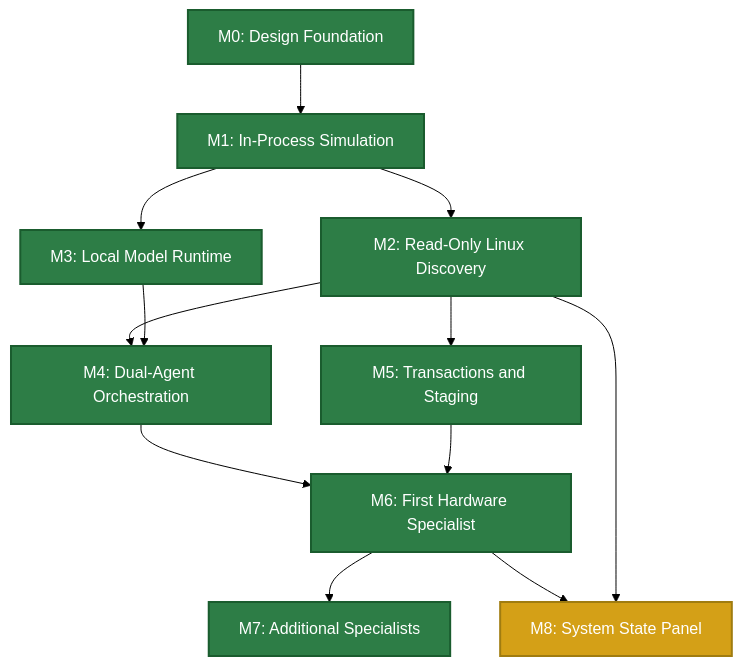
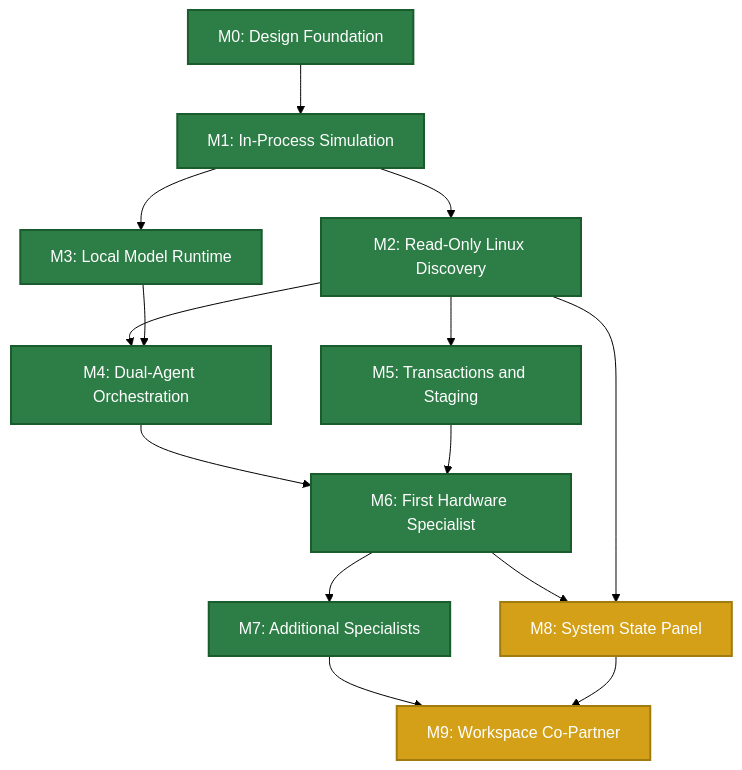
The diagram in docs/implementation-roadmap.md (cse-creative-systems-engineering/aios), drawn with Mermaid (forest theme) before and after one commit. The commit also changed other lines of this file and 3 other files, not shown here.

First line of the commit message:
docs: workspace co-partner milestone 0004 + ADR-0008 branch rule

````diff
--- a/docs/implementation-roadmap.md
+++ b/docs/implementation-roadmap.md
@@ -32,21 +32,23 @@
 ```mermaid
 graph TD
     M0[M0: Design Foundation] --> M1[M1: In-Process Simulation]
     M1 --> M2[M2: Read-Only Linux Discovery]
     M1 --> M3[M3: Local Model Runtime]
     M2 --> M4[M4: Dual-Agent Orchestration]
     M3 --> M4
     M2 --> M5[M5: Transactions and Staging]
     M4 --> M6[M6: First Hardware Specialist]
     M5 --> M6
     M6 --> M7[M7: Additional Specialists]
     M6 --> M8[M8: System State Panel]
     M2 --> M8
+    M7 --> M9[M9: Workspace Co-Partner]
+    M8 --> M9
 
     classDef done fill:#2d7d46,color:#fff,stroke:#1a5c2e,stroke-width:2px
     classDef current fill:#d4a017,color:#fff,stroke:#a07c10,stroke-width:2px
     classDef planned fill:#4a90d9,color:#fff,stroke:#2a6db0,stroke-width:2px
 
     class M0,M1,M2,M3,M4,M5,M6,M7 done
-    class M8 current
+    class M8,M9 current
 ```
````
